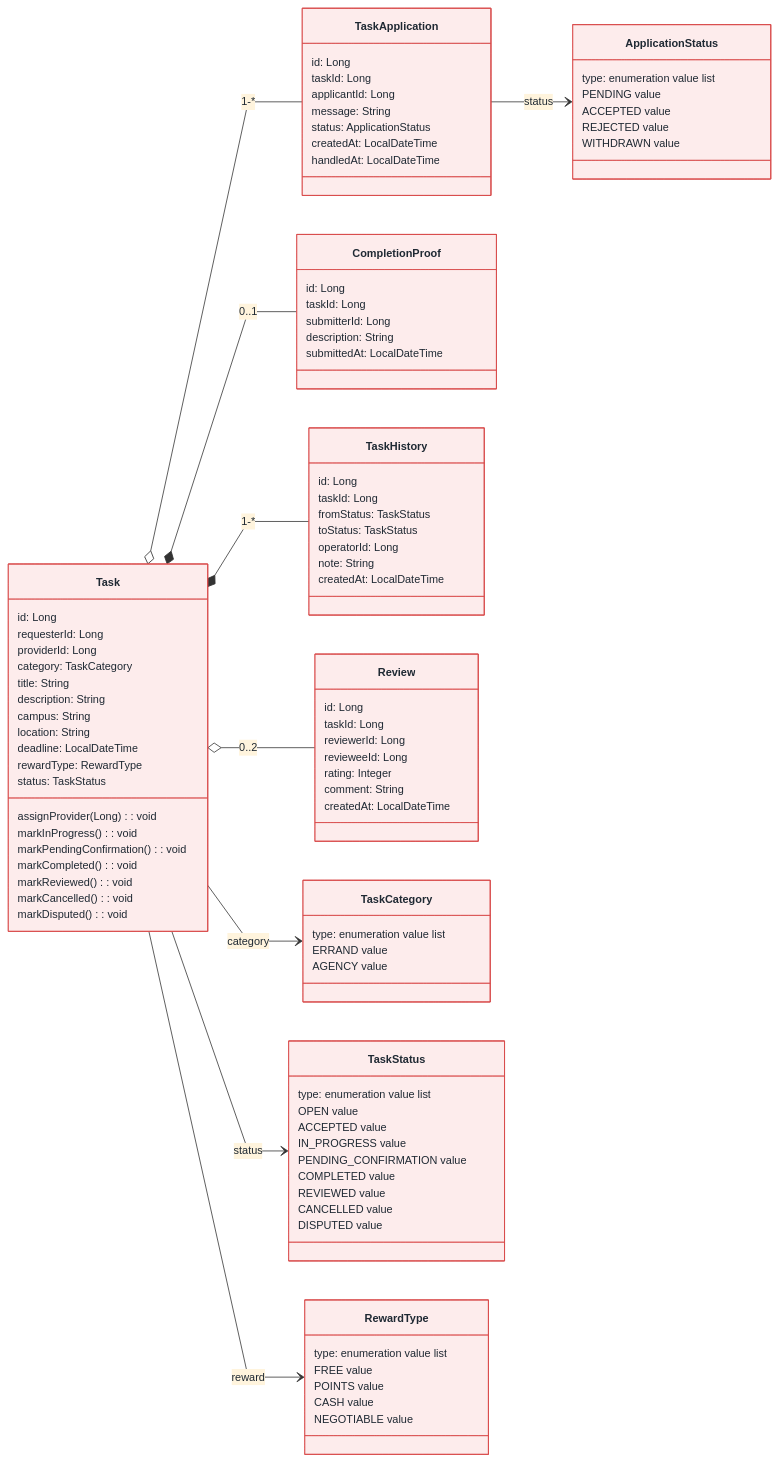
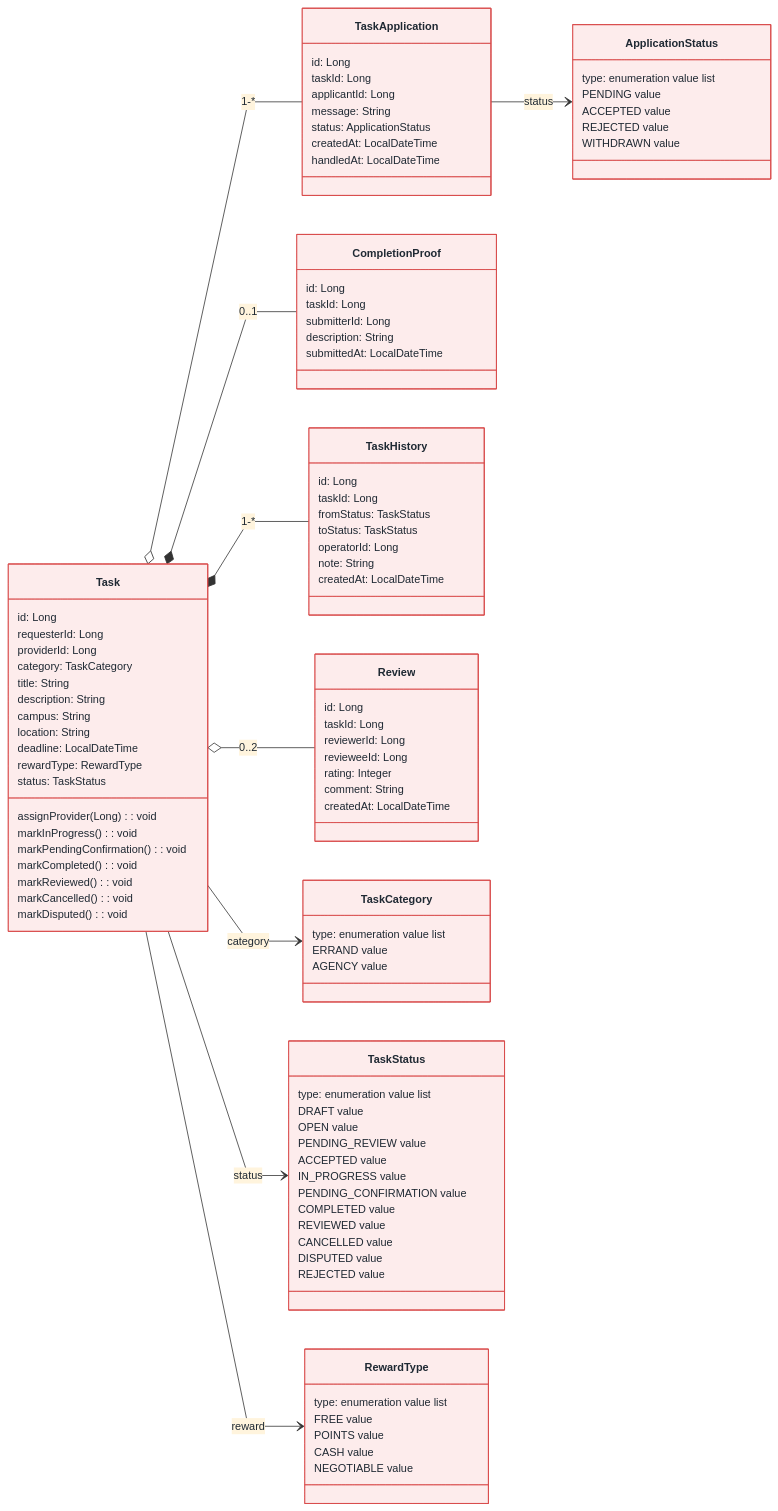
Before and after one commit to X-Immortal/CampusBridge: the diagram in docs/P3/01-核心类设计/核心类图/核心类图-任务模块.mmd, drawn with Mermaid. The commit also changed 13 other files, not shown here.

Commit message:
P3图片修正

```diff
--- a/docs/P3/01-核心类设计/核心类图/核心类图-任务模块.mmd
+++ b/docs/P3/01-核心类设计/核心类图/核心类图-任务模块.mmd
@@ -1,112 +1,115 @@
 %%{init: {"theme": "base", "themeVariables": {"fontFamily": "Arial, Microsoft YaHei, sans-serif", "fontSize": "14px", "primaryTextColor": "#1f2933", "lineColor": "#333333"}, "flowchart": {"curve": "linear"}, "class": {"hideEmptyMembersBox": true}}}%%
 classDiagram
 direction LR
 class Task {
   id: Long
   requesterId: Long
   providerId: Long
   category: TaskCategory
   title: String
   description: String
   campus: String
   location: String
   deadline: LocalDateTime
   rewardType: RewardType
   status: TaskStatus
   assignProvider(Long): void
   markInProgress(): void
   markPendingConfirmation(): void
   markCompleted(): void
   markReviewed(): void
   markCancelled(): void
   markDisputed(): void
 }
 class TaskApplication {
   id: Long
   taskId: Long
   applicantId: Long
   message: String
   status: ApplicationStatus
   createdAt: LocalDateTime
   handledAt: LocalDateTime
 }
 class CompletionProof {
   id: Long
   taskId: Long
   submitterId: Long
   description: String
   submittedAt: LocalDateTime
 }
 class TaskHistory {
   id: Long
   taskId: Long
   fromStatus: TaskStatus
   toStatus: TaskStatus
   operatorId: Long
   note: String
   createdAt: LocalDateTime
 }
 class Review {
   id: Long
   taskId: Long
   reviewerId: Long
   revieweeId: Long
   rating: Integer
   comment: String
   createdAt: LocalDateTime
 }
 class TaskCategory {
   type: enumeration value list
   ERRAND value
   AGENCY value
 }
 class TaskStatus {
   type: enumeration value list
+  DRAFT value
   OPEN value
+  PENDING_REVIEW value
   ACCEPTED value
   IN_PROGRESS value
   PENDING_CONFIRMATION value
   COMPLETED value
   REVIEWED value
   CANCELLED value
   DISPUTED value
+  REJECTED value
 }
 class RewardType {
   type: enumeration value list
   FREE value
   POINTS value
   CASH value
   NEGOTIABLE value
 }
 class ApplicationStatus {
   type: enumeration value list
   PENDING value
   ACCEPTED value
   REJECTED value
   WITHDRAWN value
 }
 Task o-- TaskApplication : 1-*
 Task *-- CompletionProof : 0..1
 Task *-- TaskHistory : 1-*
 Task o-- Review : 0..2
 Task --> TaskCategory : category
 Task --> TaskStatus : status
 Task --> RewardType : reward
 TaskApplication --> ApplicationStatus : status
 class Task:::task
 class TaskApplication:::task
 class CompletionProof:::task
 class TaskHistory:::task
 class Review:::task
 class TaskCategory:::task
 class TaskStatus:::task
 class RewardType:::task
 class ApplicationStatus:::task
 classDef view fill:#E9F5FF,stroke:#2F80ED,color:#1f2933;
 classDef user fill:#F0F7EA,stroke:#5A9C42,color:#1f2933;
 classDef post fill:#FFF6DE,stroke:#D99A00,color:#1f2933;
 classDef task fill:#FDECEC,stroke:#D94B4B,color:#1f2933;
 classDef msg fill:#F1ECFF,stroke:#7B61D1,color:#1f2933;
 classDef attach fill:#EEF2F5,stroke:#607D8B,color:#1f2933;
 classDef govern fill:#FFF0F6,stroke:#C94F8A,color:#1f2933;
 classDef service fill:#F5F5F5,stroke:#555555,color:#1f2933;
```
